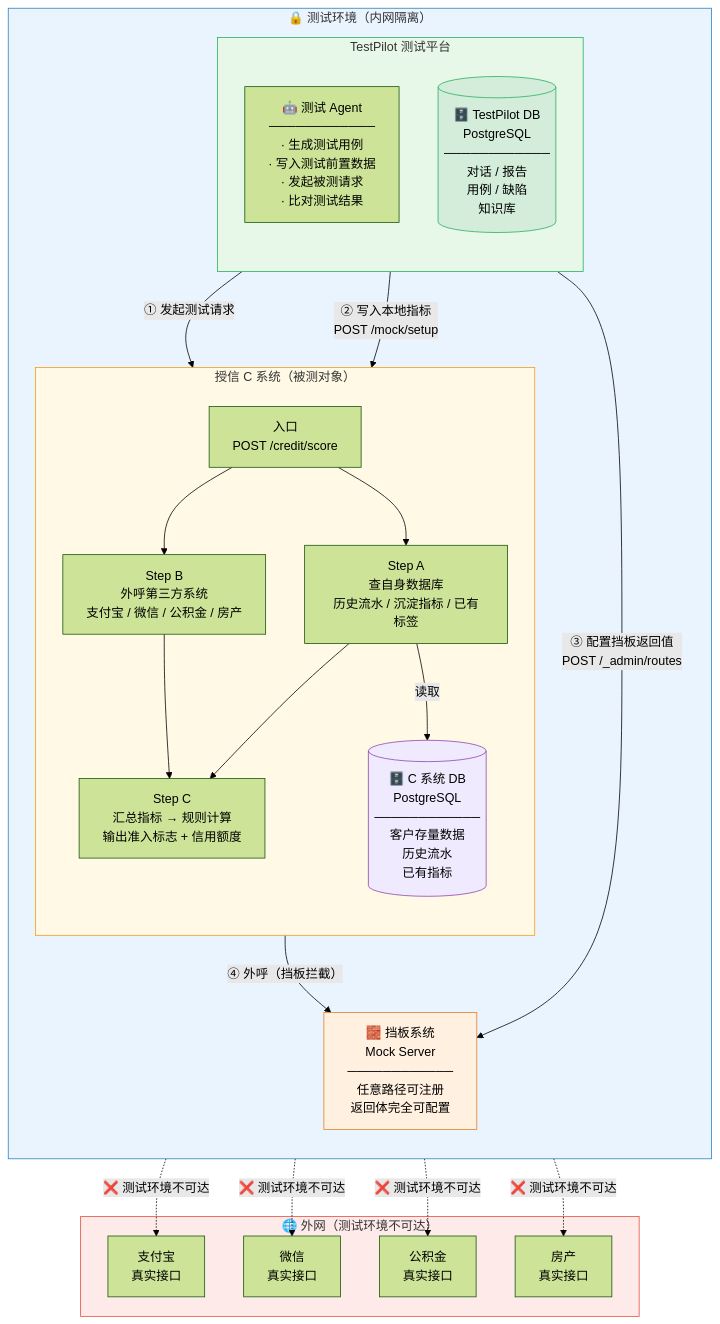
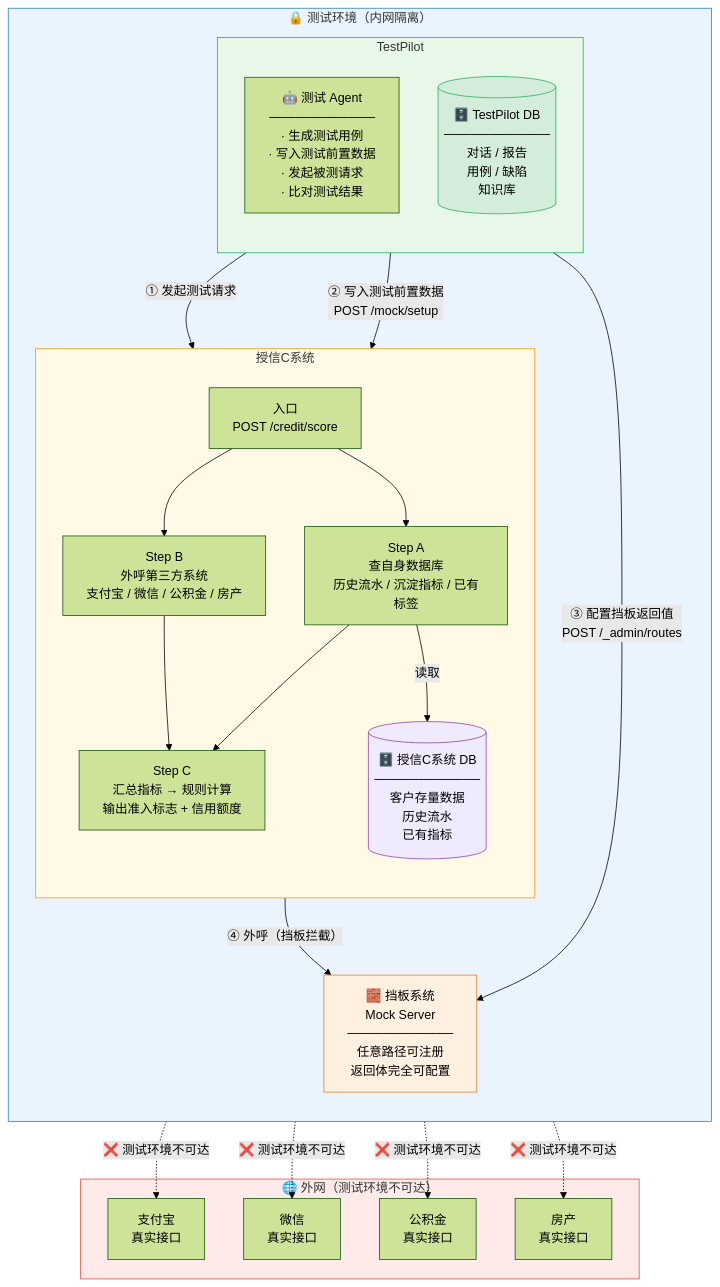
One commit to lee780/testagent-demo changed the first of 4 diagrams in docs/08-测试架构组网图.md. Above: the diagram before and after it, drawn with Mermaid (forest theme). The commit also changed other lines of this file and 2 other files, not shown here.

First line of the commit message:
refactor: 统一系统叫法为 TestPilot / 授信C系统

````diff
--- a/docs/08-测试架构组网图.md
+++ b/docs/08-测试架构组网图.md
@@ -9,59 +9,51 @@
 ```mermaid
 graph TB
     subgraph INTERNET ["🌐 外网（测试环境不可达）"]
         ALI["支付宝\n真实接口"]
         WX["微信\n真实接口"]
         GJJ["公积金\n真实接口"]
         RE["房产\n真实接口"]
     end
 
     subgraph INTRANET ["🔒 测试环境（内网隔离）"]
         direction TB
 
-        subgraph TP ["TestPilot 测试平台"]
+        subgraph TP ["TestPilot"]
             direction TB
             AGENT["🤖 测试 Agent\n────────────\n· 生成测试用例\n· 写入测试前置数据\n· 发起被测请求\n· 比对测试结果"]
-            TPDB[("🗄️ TestPilot DB\nPostgreSQL\n────────────\n对话 / 报告\n用例 / 缺陷\n知识库")]
+            TPDB[("🗄️ TestPilot DB\n────────────\n对话 / 报告\n用例 / 缺陷\n知识库")]
         end
 
-        subgraph CSYS ["授信 C 系统（被测对象）"]
+        subgraph CSYS ["授信C系统"]
             direction TB
             ENTRY["入口\nPOST /credit/score"]
             STEP_A["Step A\n查自身数据库\n历史流水 / 沉淀指标 / 已有标签"]
             STEP_B["Step B\n外呼第三方系统\n支付宝 / 微信 / 公积金 / 房产"]
             STEP_C["Step C\n汇总指标 → 规则计算\n输出准入标志 + 信用额度"]
-            CDB[("🗄️ C 系统 DB\nPostgreSQL\n────────────\n客户存量数据\n历史流水\n已有指标")]
+            CDB[("🗄️ 授信C系统 DB\n────────────\n客户存量数据\n历史流水\n已有指标")]
             ENTRY --> STEP_A --> STEP_C
             ENTRY --> STEP_B --> STEP_C
             STEP_A -- "读取" --> CDB
         end
 
         STUB["🧱 挡板系统\nMock Server\n────────────\n任意路径可注册\n返回体完全可配置"]
     end
 
-    %% Agent → C系统（触发测试）
     AGENT -- "① 发起测试请求" --> ENTRY
-
-    %% Agent → C系统DB（写入测试前置数据）
-    AGENT -- "② 写入本地指标\nPOST /mock/setup" --> CDB
-
-    %% Agent → 挡板（配置外呼返回值）
+    AGENT -- "② 写入测试前置数据\nPOST /mock/setup" --> CDB
     AGENT -- "③ 配置挡板返回值\nPOST /_admin/routes" --> STUB
-
-    %% C系统 → 挡板（外呼被拦截）
     STEP_B -- "④ 外呼（挡板拦截）" --> STUB
 
-    %% 挡板 → 外网（隔断）
     STUB -. "❌ 测试环境不可达" .-> ALI
     STUB -. "❌ 测试环境不可达" .-> WX
     STUB -. "❌ 测试环境不可达" .-> GJJ
     STUB -. "❌ 测试环境不可达" .-> RE
 
     style INTERNET fill:#ffeaea,stroke:#e74c3c,color:#333
     style INTRANET fill:#eaf4ff,stroke:#2980b9,color:#333
     style TP fill:#e8f8e8,stroke:#27ae60,color:#333
     style CSYS fill:#fff9e6,stroke:#f39c12,color:#333
-    style STUB fill:#fff0e0,stroke:#e67e22
     style TPDB fill:#d4edda,stroke:#27ae60
     style CDB fill:#f0eaff,stroke:#8e44ad
+    style STUB fill:#fff0e0,stroke:#e67e22
 ```
````
